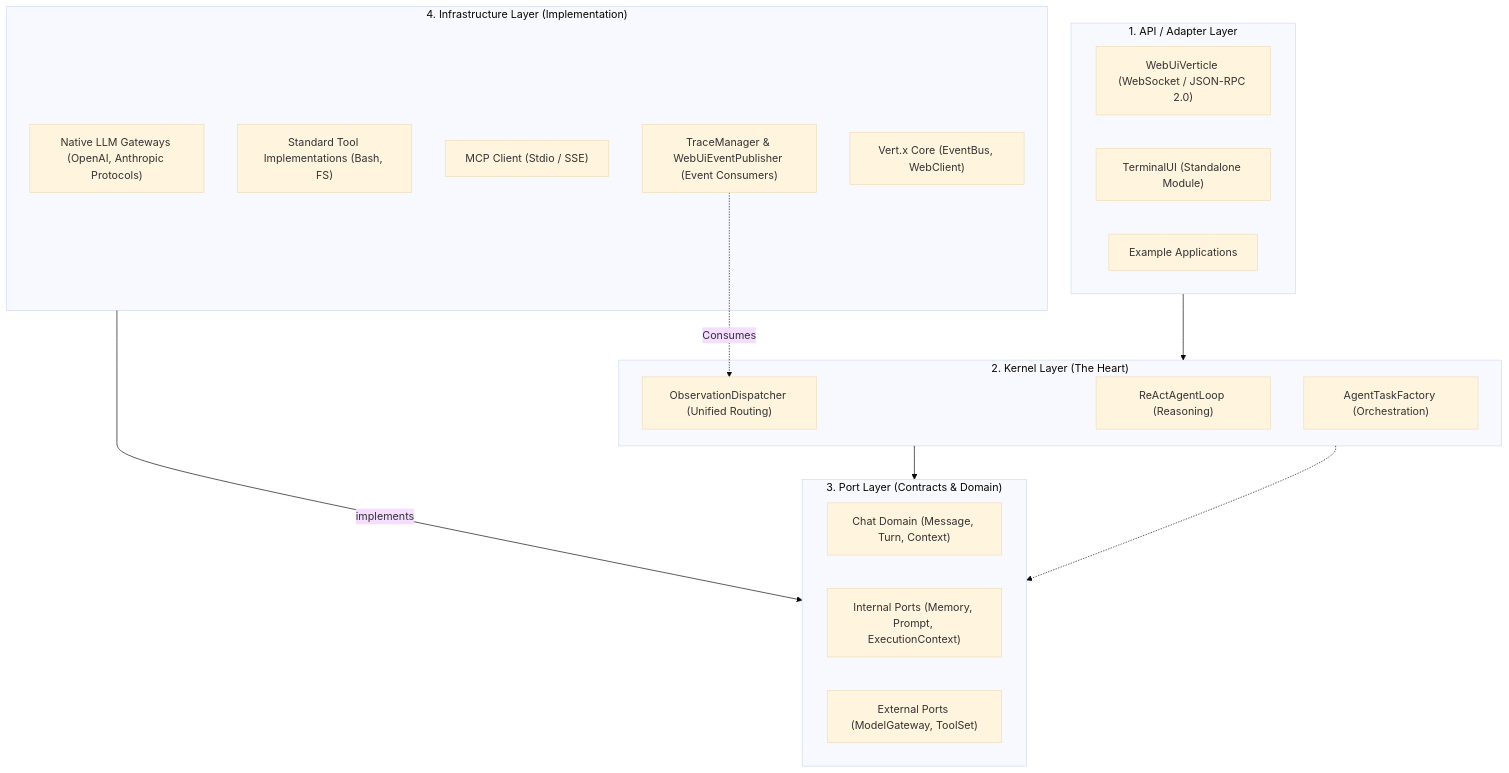
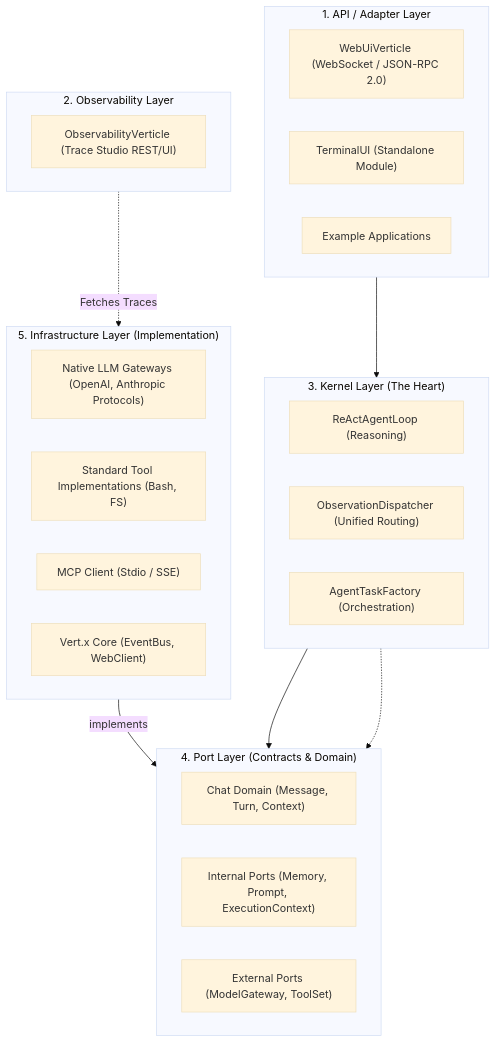
Before and after one commit to stream-iori/ganglia: the diagram in docs/ARCHITECTURE.md, drawn with Mermaid (base theme). The commit also changed other lines of this file and 14 other files, not shown here.

````diff
--- a/docs/ARCHITECTURE.md
+++ b/docs/ARCHITECTURE.md
@@ -39,34 +39,37 @@
 ```mermaid
 graph TD
     subgraph API ["1. API / Adapter Layer"]
         WebUI["WebUiVerticle (WebSocket / JSON-RPC 2.0)"]
         TUI["TerminalUI (Standalone Module)"]
         Demos["Example Applications"]
     end
 
-    subgraph Kernel ["2. Kernel Layer (The Heart)"]
+    subgraph Obs ["2. Observability Layer"]
+        TraceStudio["ObservabilityVerticle (Trace Studio REST/UI)"]
+    end
+
+    subgraph Kernel ["3. Kernel Layer (The Heart)"]
         Loop["ReActAgentLoop (Reasoning)"]
         Dispatcher["ObservationDispatcher (Unified Routing)"]
         SchedFactory["AgentTaskFactory (Orchestration)"]
     end
 
-    subgraph Port ["3. Port Layer (Contracts & Domain)"]
+    subgraph Port ["4. Port Layer (Contracts & Domain)"]
         Chat["Chat Domain (Message, Turn, Context)"]
         IntPorts["Internal Ports (Memory, Prompt, ExecutionContext)"]
         ExtPorts["External Ports (ModelGateway, ToolSet)"]
     end
 
-    subgraph Infra ["4. Infrastructure Layer (Implementation)"]
+    subgraph Infra ["5. Infrastructure Layer (Implementation)"]
         Gateways["Native LLM Gateways (OpenAI, Anthropic Protocols)"]
         Tools["Standard Tool Implementations (Bash, FS)"]
         MCP["MCP Client (Stdio / SSE)"]
-        Observability["TraceManager & WebUiEventPublisher (Event Consumers)"]
         Vertx["Vert.x Core (EventBus, WebClient)"]
     end
 
     API --> Kernel
+    Obs -.->|Fetches Traces| Infra
     Kernel --> Port
     Infra -- implements --> Port
     Kernel -.-> Port
-    Observability -.->|Consumes| Dispatcher
 ```
````
